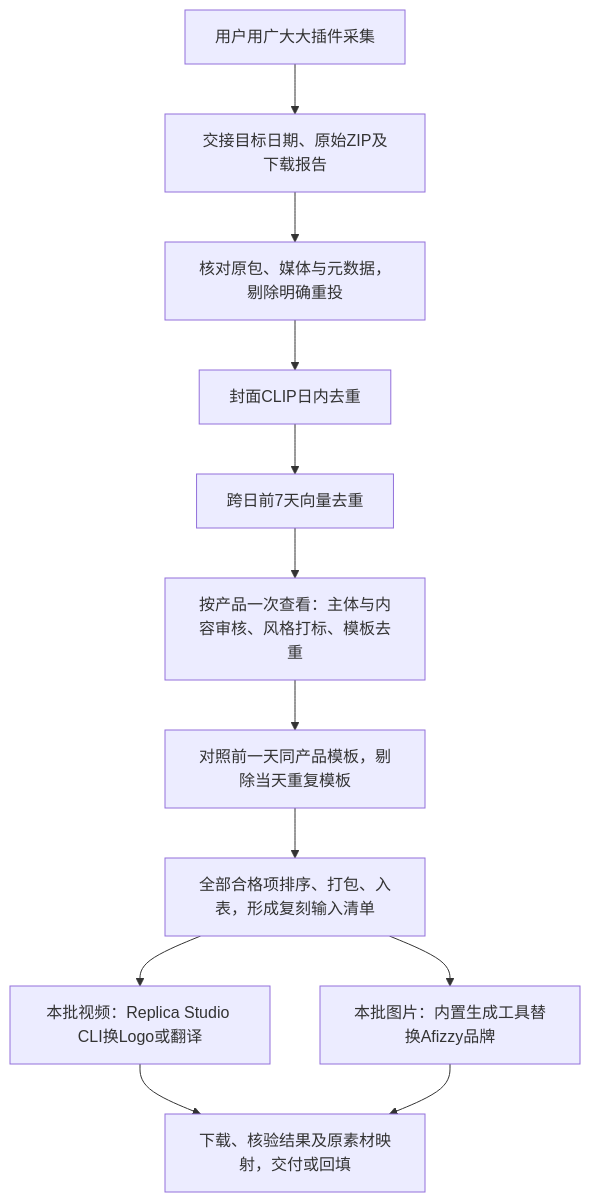
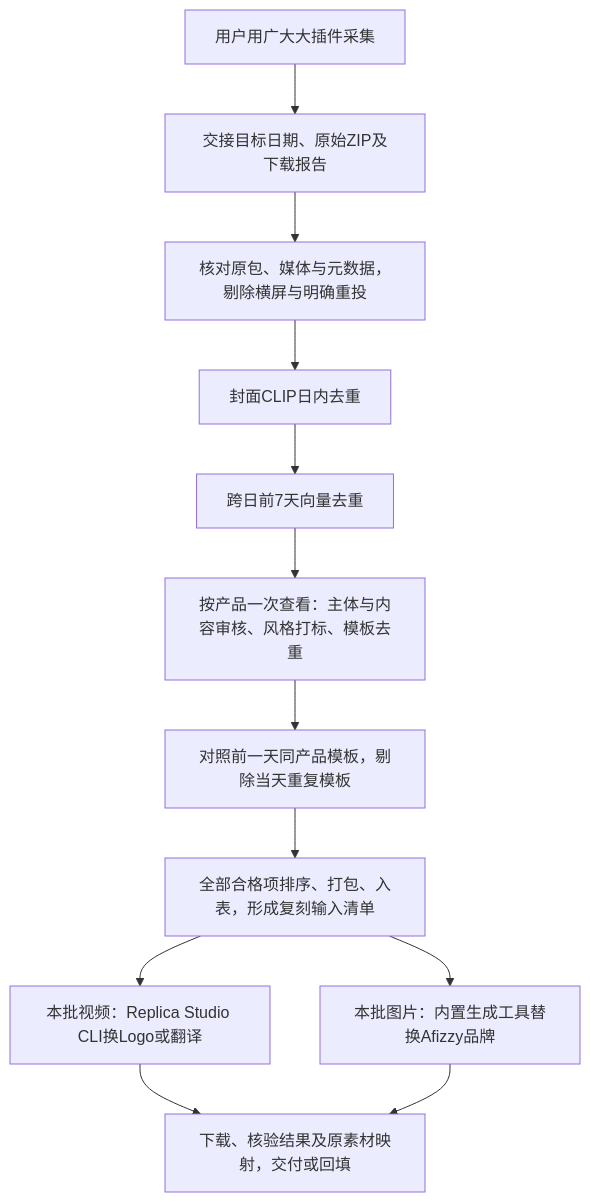
The diagram in docs/afizzy-material-workflow.md (Olivr-HZK/ai-), drawn with Mermaid before and after one commit. The commit also changed other lines of this file and 17 other files, not shown here.

````diff
--- a/docs/afizzy-material-workflow.md
+++ b/docs/afizzy-material-workflow.md
@@ -13,14 +13,14 @@
 ```mermaid
 flowchart TD
     A[用户用广大大插件采集] --> B[交接目标日期、原始ZIP及下载报告]
-    B --> C[核对原包、媒体与元数据，剔除明确重投]
+    B --> C[核对原包、媒体与元数据，剔除横屏与明确重投]
     C --> D[封面CLIP日内去重]
     D --> E[跨日前7天向量去重]
     E --> F[按产品一次查看：主体与内容审核、风格打标、模板去重]
     F --> K[对照前一天同产品模板，剔除当天重复模板]
     K --> G[全部合格项排序、打包、入表，形成复刻输入清单]
     G --> H[本批视频：Replica Studio CLI换Logo或翻译]
     G --> J[本批图片：内置生成工具替换Afizzy品牌]
     H --> I[下载、核验结果及原素材映射，交付或回填]
     J --> I
 ```
````
